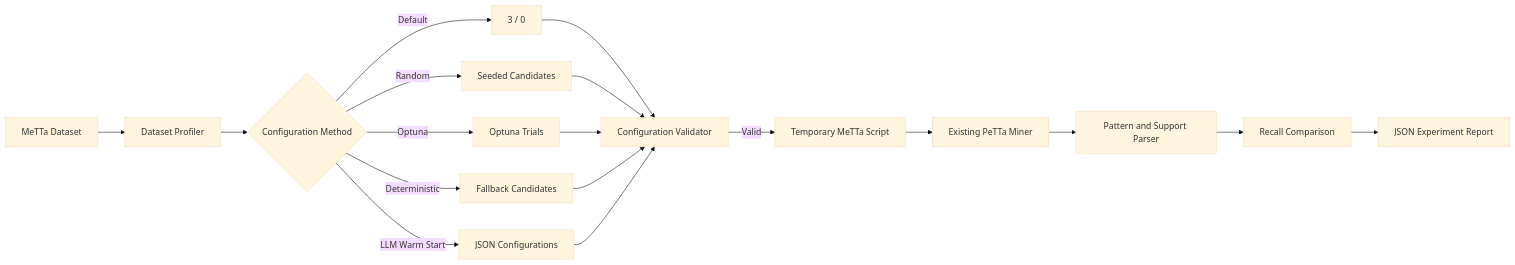
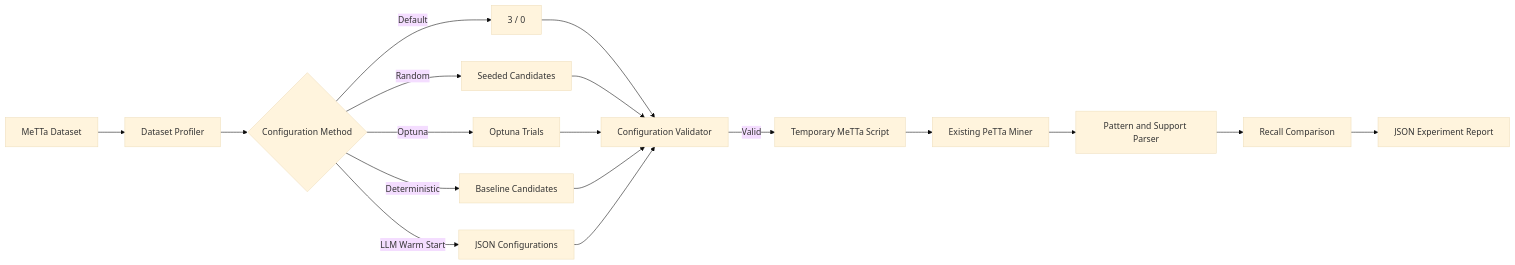
One commit to zenebumelaku/pattern-miner changed the diagram in hyperon-miner/optimizer/README.md. Above: the diagram before and after it, drawn with Mermaid (base theme). The commit also changed other lines of this file and 12 other files, not shown here.

````diff
--- a/hyperon-miner/optimizer/README.md
+++ b/hyperon-miner/optimizer/README.md
@@ -48,20 +48,20 @@
 ```mermaid
 flowchart LR
     A[MeTTa Dataset] --> B[Dataset Profiler]
     B --> C{Configuration Method}
     C -->|Default| D[3 / 0]
     C -->|Random| E[Seeded Candidates]
     C -->|Optuna| F[Optuna Trials]
-    C -->|Deterministic| G[Fallback Candidates]
+    C -->|Deterministic| G[Baseline Candidates]
     C -->|LLM Warm Start| H[JSON Configurations]
     D --> I[Configuration Validator]
     E --> I
     F --> I
     G --> I
     H --> I
     I -->|Valid| J[Temporary MeTTa Script]
     J --> K[Existing PeTTa Miner]
     K --> L[Pattern and Support Parser]
     L --> M[Recall Comparison]
     M --> N[JSON Experiment Report]
 ```
````
